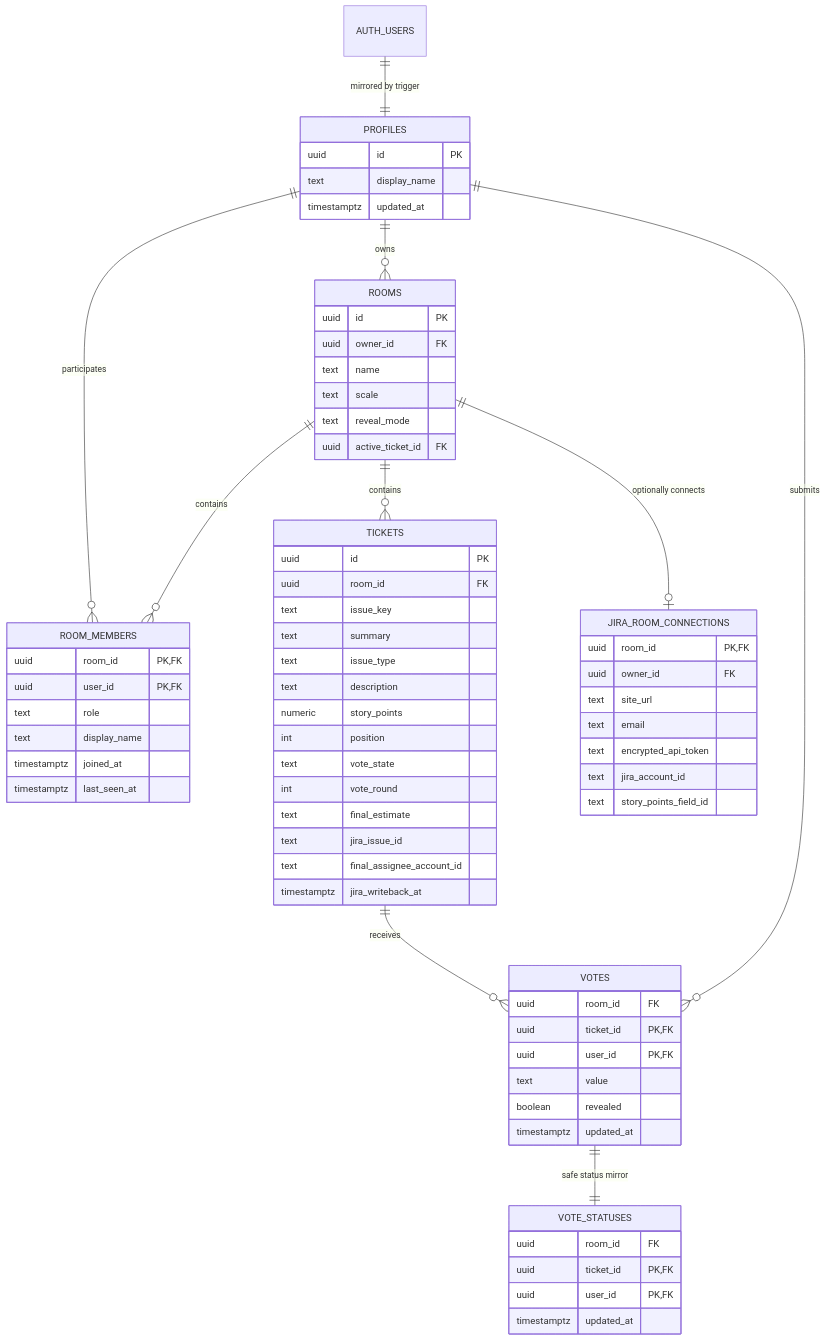
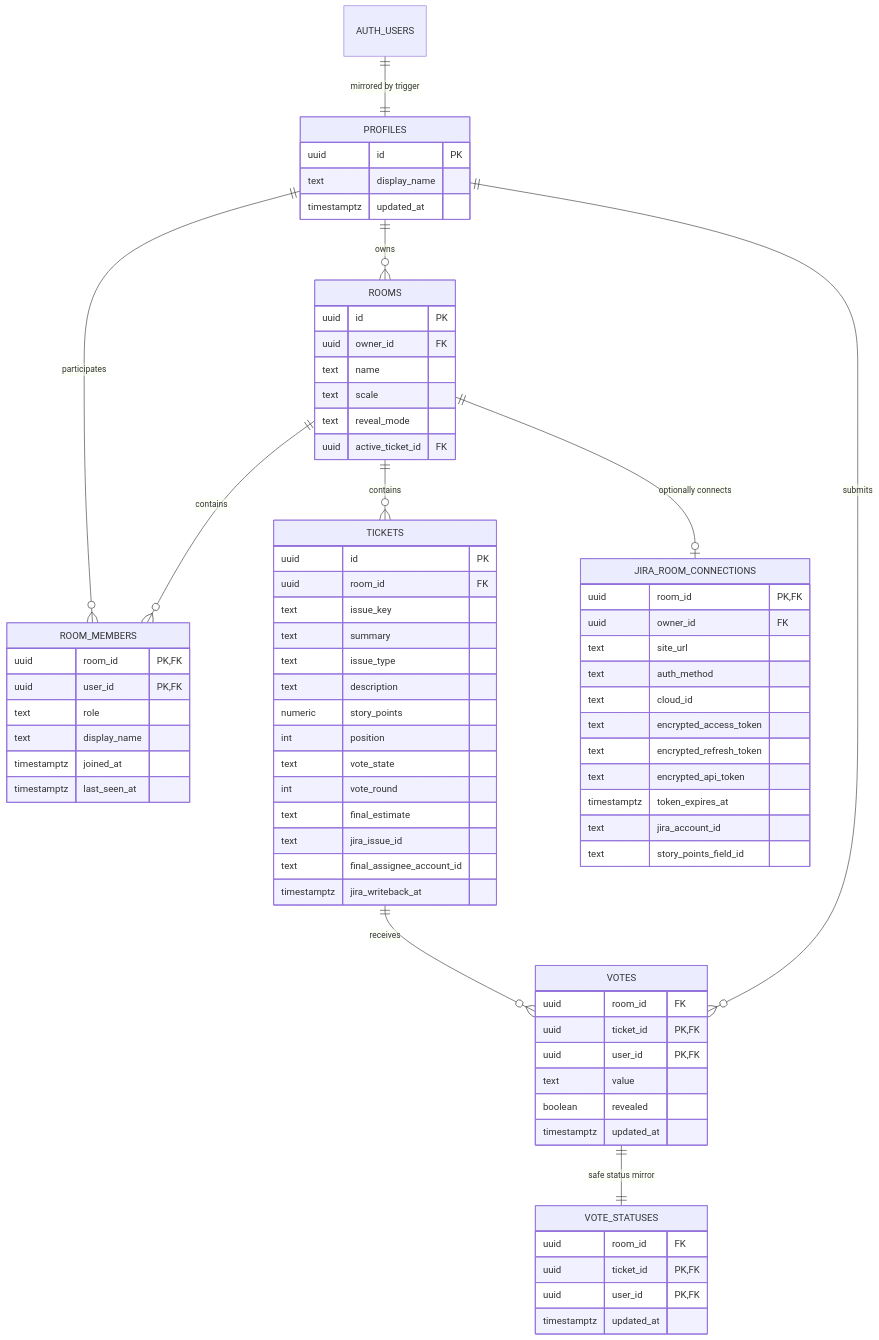
The third of 7 diagrams in ARCHITECTURE.md (tomekpilat/tickettalk.io), drawn with Mermaid before and after one commit. The commit also changed other lines of this file and 29 other files, not shown here.

````diff
--- a/ARCHITECTURE.md
+++ b/ARCHITECTURE.md
@@ -124,73 +124,77 @@
 ```mermaid
 erDiagram
     AUTH_USERS ||--|| PROFILES : "mirrored by trigger"
     PROFILES ||--o{ ROOMS : owns
     PROFILES ||--o{ ROOM_MEMBERS : participates
     ROOMS ||--o{ ROOM_MEMBERS : contains
     ROOMS ||--o{ TICKETS : contains
     ROOMS ||--o| JIRA_ROOM_CONNECTIONS : "optionally connects"
     TICKETS ||--o{ VOTES : receives
     PROFILES ||--o{ VOTES : submits
     VOTES ||--|| VOTE_STATUSES : "safe status mirror"
 
     PROFILES {
         uuid id PK
         text display_name
         timestamptz updated_at
     }
     ROOMS {
         uuid id PK
         uuid owner_id FK
         text name
         text scale
         text reveal_mode
         uuid active_ticket_id FK
     }
     ROOM_MEMBERS {
         uuid room_id PK,FK
         uuid user_id PK,FK
         text role
         text display_name
         timestamptz joined_at
         timestamptz last_seen_at
     }
     TICKETS {
         uuid id PK
         uuid room_id FK
         text issue_key
         text summary
         text issue_type
         text description
         numeric story_points
         int position
         text vote_state
         int vote_round
         text final_estimate
         text jira_issue_id
         text final_assignee_account_id
         timestamptz jira_writeback_at
     }
     JIRA_ROOM_CONNECTIONS {
         uuid room_id PK,FK
         uuid owner_id FK
         text site_url
-        text email
+        text auth_method
+        text cloud_id
+        text encrypted_access_token
+        text encrypted_refresh_token
         text encrypted_api_token
+        timestamptz token_expires_at
         text jira_account_id
         text story_points_field_id
     }
     VOTES {
         uuid room_id FK
         uuid ticket_id PK,FK
         uuid user_id PK,FK
         text value
         boolean revealed
         timestamptz updated_at
     }
     VOTE_STATUSES {
         uuid room_id FK
         uuid ticket_id PK,FK
         uuid user_id PK,FK
         timestamptz updated_at
     }
 ```
````
